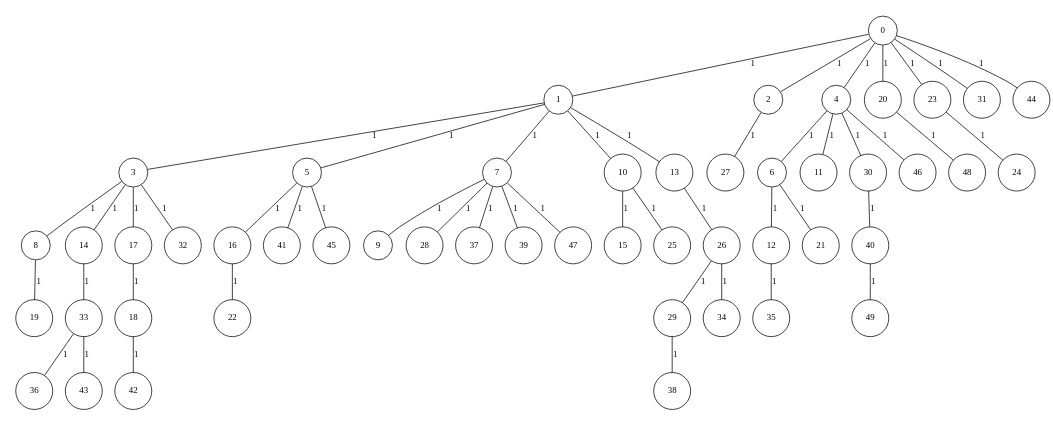
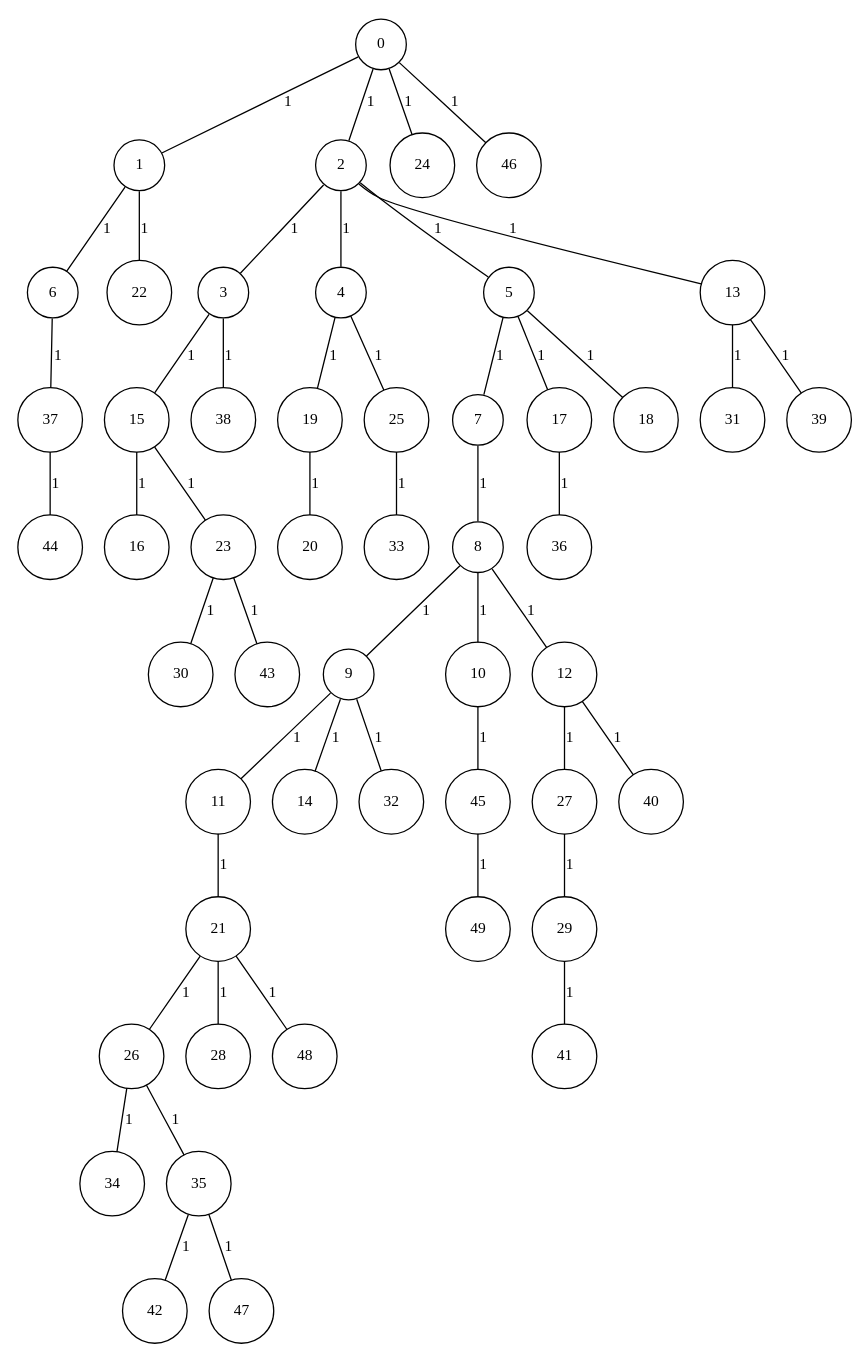
One commit to cardosodg/setcover-grasp changed the diagram in GraphGenerator/input/instGraph_50_1.txt.dot. Above: the diagram before and after it, drawn with Graphviz. The commit also changed 2004 other files, not shown here.

```diff
--- a/GraphGenerator/input/instGraph_50_1.txt.dot
+++ b/GraphGenerator/input/instGraph_50_1.txt.dot
@@ -1,109 +1,109 @@
 graph G {
 size="8.5,11;"
 ratio = "expand;"
 fixedsize="true;"
 overlap="scale;"
 node[shape=circle,width=.12,hight=.12,fontsize=12]
 edge[fontsize=12]
 
-0[label=" 0" color=black, pos="2.4129841,1.787263!"];
-1[label=" 1" color=black, pos="0.8514178,1.3667879!"];
-2[label=" 2" color=black, pos="0.77160937,1.2565294!"];
-3[label=" 3" color=black, pos="0.59468445,0.91230912!"];
-4[label=" 4" color=black, pos="0.2093825,1.8136896!"];
-5[label=" 5" color=black, pos="2.6497206,2.4950456!"];
-6[label=" 6" color=black, pos="2.7345487,1.4493412!"];
-7[label=" 7" color=black, pos="2.9949054,0.80781953!"];
-8[label=" 8" color=black, pos="0.39394341,2.8333538!"];
-9[label=" 9" color=black, pos="1.2236652,2.7463963!"];
-10[label=" 10" color=black, pos="2.8405673,0.20651281!"];
-11[label=" 11" color=black, pos="2.8265129,1.4793258!"];
-12[label=" 12" color=black, pos="1.5952435,1.4191394!"];
-13[label=" 13" color=black, pos="0.65952743,1.2355337!"];
-14[label=" 14" color=black, pos="0.43842523,2.1230742!"];
-15[label=" 15" color=black, pos="1.0211931,2.8412202!"];
-16[label=" 16" color=black, pos="0.52597631,1.6604978!"];
-17[label=" 17" color=black, pos="2.8747157,1.7449161!"];
-18[label=" 18" color=black, pos="1.4098197,2.1505347!"];
-19[label=" 19" color=black, pos="0.070250891,1.272228!"];
-20[label=" 20" color=black, pos="2.922876,0.9104585!"];
-21[label=" 21" color=black, pos="2.6055524,1.9764795!"];
-22[label=" 22" color=black, pos="2.8308671,0.47730831!"];
-23[label=" 23" color=black, pos="2.0304474,2.2671968!"];
-24[label=" 24" color=black, pos="1.9931025,1.3060653!"];
-25[label=" 25" color=black, pos="1.3345887,0.58310119!"];
-26[label=" 26" color=black, pos="0.0024103741,2.980741!"];
-27[label=" 27" color=black, pos="0.36349648,0.73815564!"];
-28[label=" 28" color=black, pos="1.9443365,1.8687758!"];
-29[label=" 29" color=black, pos="2.7946063,2.5938665!"];
-30[label=" 30" color=black, pos="2.944809,1.4775336!"];
-31[label=" 31" color=black, pos="1.3897033,1.5316802!"];
-32[label=" 32" color=black, pos="2.672425,0.25062402!"];
-33[label=" 33" color=black, pos="1.8887269,1.7514221!"];
-34[label=" 34" color=black, pos="1.5673611,0.96379851!"];
-35[label=" 35" color=black, pos="2.9851322,0.21723006!"];
-36[label=" 36" color=black, pos="0.35056828,0.47935751!"];
-37[label=" 37" color=black, pos="0.93126118,2.770648!"];
-38[label=" 38" color=black, pos="1.1443988,0.8513266!"];
-39[label=" 39" color=black, pos="0.99291208,0.91690798!"];
-40[label=" 40" color=black, pos="0.22075221,0.67235079!"];
-41[label=" 41" color=black, pos="0.0012572138,1.0006163!"];
-42[label=" 42" color=black, pos="0.155936,2.499476!"];
-43[label=" 43" color=black, pos="0.66636896,2.0705368!"];
-44[label=" 44" color=black, pos="0.8027119,1.1621118!"];
-45[label=" 45" color=black, pos="2.6231184,0.61004325!"];
-46[label=" 46" color=black, pos="1.1809415,1.3016194!"];
-47[label=" 47" color=black, pos="1.8443766,0.83919065!"];
-48[label=" 48" color=black, pos="1.3860594,0.1746079!"];
-49[label=" 49" color=black, pos="0.93531432,1.9559349!"];
+0[label=" 0" color=black, pos="0.69598379,1.6376402!"];
+1[label=" 1" color=black, pos="1.1846225,0.62715789!"];
+2[label=" 2" color=black, pos="1.3283744,0.20221277!"];
+3[label=" 3" color=black, pos="2.6847565,0.25726548!"];
+4[label=" 4" color=black, pos="2.0876436,0.87738393!"];
+5[label=" 5" color=black, pos="0.093740236,2.3616009!"];
+6[label=" 6" color=black, pos="0.59321146,2.2887778!"];
+7[label=" 7" color=black, pos="0.28837941,0.18975098!"];
+8[label=" 8" color=black, pos="1.0035786,1.3314791!"];
+9[label=" 9" color=black, pos="1.436497,2.9189304!"];
+10[label=" 10" color=black, pos="0.6990754,1.6857858!"];
+11[label=" 11" color=black, pos="2.7742735,2.9162729!"];
+12[label=" 12" color=black, pos="2.2035482,1.548042!"];
+13[label=" 13" color=black, pos="0.90493247,0.87397897!"];
+14[label=" 14" color=black, pos="0.57619955,1.2739112!"];
+15[label=" 15" color=black, pos="2.4923988,1.8489422!"];
+16[label=" 16" color=black, pos="0.29105329,2.6841784!"];
+17[label=" 17" color=black, pos="0.1390582,0.49242172!"];
+18[label=" 18" color=black, pos="1.724252,1.2219655!"];
+19[label=" 19" color=black, pos="2.1212588,0.3604426!"];
+20[label=" 20" color=black, pos="1.9318953,2.6220955!"];
+21[label=" 21" color=black, pos="2.8181276,2.3349717!"];
+22[label=" 22" color=black, pos="0.65883116,0.25890612!"];
+23[label=" 23" color=black, pos="1.072545,2.6472074!"];
+24[label=" 24" color=black, pos="0.28826952,1.0911486!"];
+25[label=" 25" color=black, pos="2.9344946,1.2654613!"];
+26[label=" 26" color=black, pos="2.7617778,1.1572721!"];
+27[label=" 27" color=black, pos="2.6256653,2.2078436!"];
+28[label=" 28" color=black, pos="0.42619938,2.3943884!"];
+29[label=" 29" color=black, pos="0.32601346,0.63865415!"];
+30[label=" 30" color=black, pos="2.3382429,2.1360746!"];
+31[label=" 31" color=black, pos="0.0054085483,0.77438623!"];
+32[label=" 32" color=black, pos="1.1146678,2.7210058!"];
+33[label=" 33" color=black, pos="1.4491051,2.7079091!"];
+34[label=" 34" color=black, pos="2.473894,1.0939195!"];
+35[label=" 35" color=black, pos="0.38289593,1.6571199!"];
+36[label=" 36" color=black, pos="1.1317021,2.0534223!"];
+37[label=" 37" color=black, pos="0.78086835,0.44256024!"];
+38[label=" 38" color=black, pos="1.5896367,0.52989922!"];
+39[label=" 39" color=black, pos="0.36191684,1.8887233!"];
+40[label=" 40" color=black, pos="0.16982027,1.5257471!"];
+41[label=" 41" color=black, pos="0.59619623,1.8298083!"];
+42[label=" 42" color=black, pos="2.0988374,2.1696495!"];
+43[label=" 43" color=black, pos="0.22549091,2.2908287!"];
+44[label=" 44" color=black, pos="1.8782777,0.81490867!"];
+45[label=" 45" color=black, pos="2.0363274,0.77825733!"];
+46[label=" 46" color=black, pos="2.8361037,1.2210094!"];
+47[label=" 47" color=black, pos="0.612442,1.6746052!"];
+48[label=" 48" color=black, pos="2.7194618,0.40118765!"];
+49[label=" 49" color=black, pos="2.4340086,2.3857482!"];
 0--1[label="1"]
 0--2[label="1"]
-0--4[label="1"]
-0--20[label="1"]
-0--23[label="1"]
-0--31[label="1"]
-0--44[label="1"]
-1--3[label="1"]
-1--5[label="1"]
-1--7[label="1"]
-1--10[label="1"]
-1--13[label="1"]
-2--27[label="1"]
-3--8[label="1"]
-3--14[label="1"]
-3--17[label="1"]
-3--32[label="1"]
-4--6[label="1"]
-4--11[label="1"]
-4--30[label="1"]
-4--46[label="1"]
-5--16[label="1"]
-5--41[label="1"]
-5--45[label="1"]
-6--12[label="1"]
-6--21[label="1"]
-7--9[label="1"]
-7--28[label="1"]
-7--37[label="1"]
-7--39[label="1"]
-7--47[label="1"]
-8--19[label="1"]
-10--15[label="1"]
-10--25[label="1"]
-12--35[label="1"]
-13--26[label="1"]
-14--33[label="1"]
-16--22[label="1"]
-17--18[label="1"]
-18--42[label="1"]
-20--48[label="1"]
-23--24[label="1"]
-26--29[label="1"]
+0--24[label="1"]
+0--46[label="1"]
+1--6[label="1"]
+1--22[label="1"]
+2--3[label="1"]
+2--4[label="1"]
+2--5[label="1"]
+2--13[label="1"]
+3--15[label="1"]
+3--38[label="1"]
+4--19[label="1"]
+4--25[label="1"]
+5--7[label="1"]
+5--17[label="1"]
+5--18[label="1"]
+6--37[label="1"]
+7--8[label="1"]
+8--9[label="1"]
+8--10[label="1"]
+8--12[label="1"]
+9--11[label="1"]
+9--14[label="1"]
+9--32[label="1"]
+10--45[label="1"]
+11--21[label="1"]
+12--27[label="1"]
+12--40[label="1"]
+13--31[label="1"]
+13--39[label="1"]
+15--16[label="1"]
+15--23[label="1"]
+17--36[label="1"]
+19--20[label="1"]
+21--26[label="1"]
+21--28[label="1"]
+21--48[label="1"]
+23--30[label="1"]
+23--43[label="1"]
+25--33[label="1"]
 26--34[label="1"]
-29--38[label="1"]
-30--40[label="1"]
-33--36[label="1"]
-33--43[label="1"]
-40--49[label="1"]
+26--35[label="1"]
+27--29[label="1"]
+29--41[label="1"]
+35--42[label="1"]
+35--47[label="1"]
+37--44[label="1"]
+45--49[label="1"]
 
 }
```
